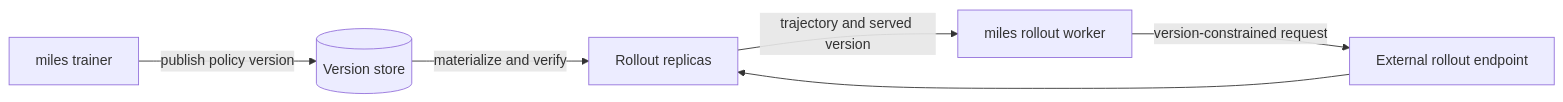
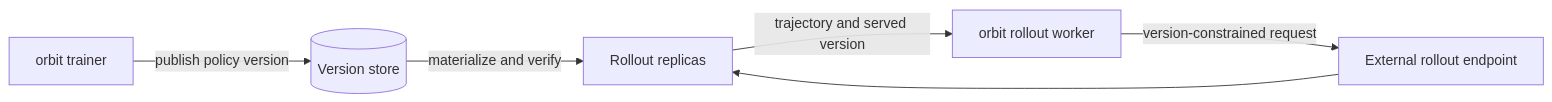
One commit to Sphere-AI-Lab/orbit changed the diagram in docs/advanced/disaggregated-rollout.md. Above: the diagram before and after it, drawn with Mermaid. The commit also changed other lines of this file and 1865 other files, not shown here.

Commit message:
refactor: rename MILES tree to Orbit

````diff
--- a/docs/advanced/disaggregated-rollout.md
+++ b/docs/advanced/disaggregated-rollout.md
@@ -183,8 +183,8 @@
 ```mermaid
 flowchart LR
-    T[miles trainer] -->|publish policy version| S[(Version store)]
-    W[miles rollout worker] -->|version-constrained request| G[External rollout endpoint]
+    T[orbit trainer] -->|publish policy version| S[(Version store)]
+    W[orbit rollout worker] -->|version-constrained request| G[External rollout endpoint]
     S -->|materialize and verify| E[Rollout replicas]
     G --> E
     E -->|trajectory and served version| W
 ```
````
